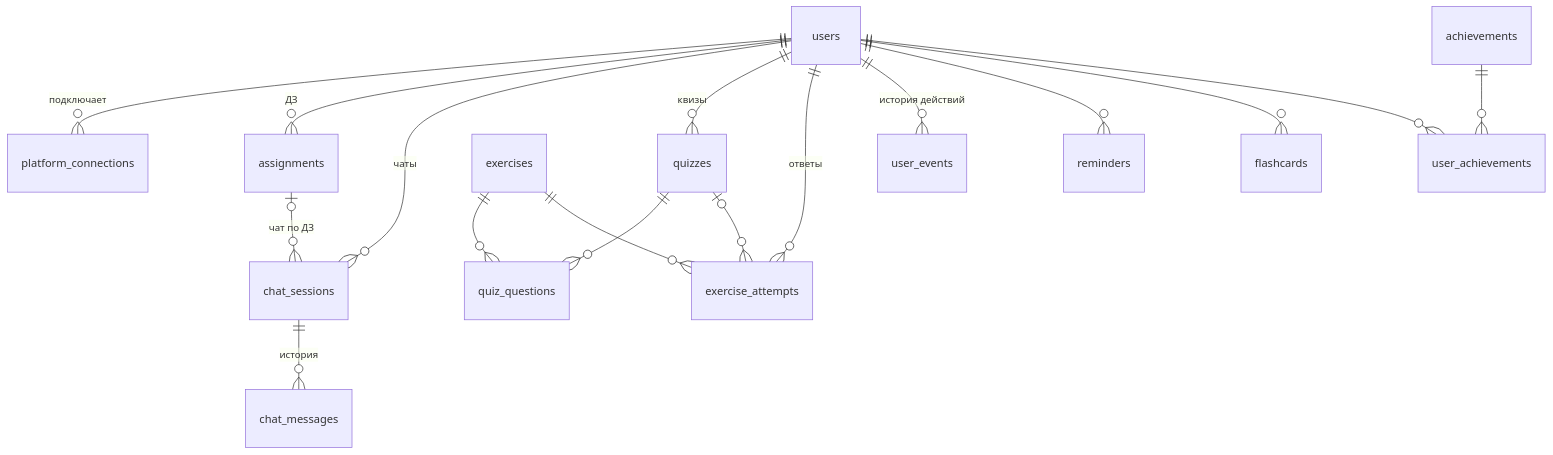
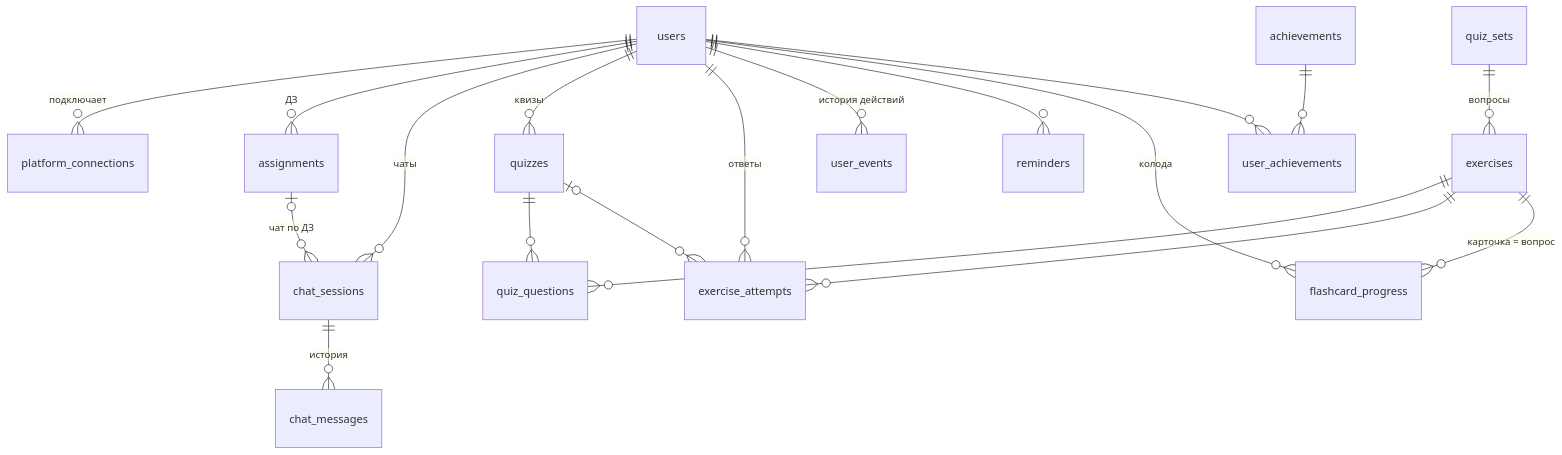
The diagram in database/README.md (two-bits1/LekseRadar), drawn with Mermaid before and after one commit. The commit also changed other lines of this file, not shown here.

````diff
--- a/database/README.md
+++ b/database/README.md
@@ -35,19 +36,21 @@
 ```mermaid
 erDiagram
     users ||--o{ platform_connections : "подключает"
     users ||--o{ assignments : "ДЗ"
     users ||--o{ chat_sessions : "чаты"
     chat_sessions ||--o{ chat_messages : "история"
     assignments |o--o{ chat_sessions : "чат по ДЗ"
     users ||--o{ quizzes : "квизы"
     quizzes ||--o{ quiz_questions : ""
     exercises ||--o{ quiz_questions : ""
     users ||--o{ exercise_attempts : "ответы"
     exercises ||--o{ exercise_attempts : ""
     quizzes |o--o{ exercise_attempts : ""
     users ||--o{ user_events : "история действий"
     users ||--o{ reminders : ""
-    users ||--o{ flashcards : ""
+    users ||--o{ flashcard_progress : "колода"
+    exercises ||--o{ flashcard_progress : "карточка = вопрос"
+    quiz_sets ||--o{ exercises : "вопросы"
     users ||--o{ user_achievements : ""
     achievements ||--o{ user_achievements : ""
 ```
````
